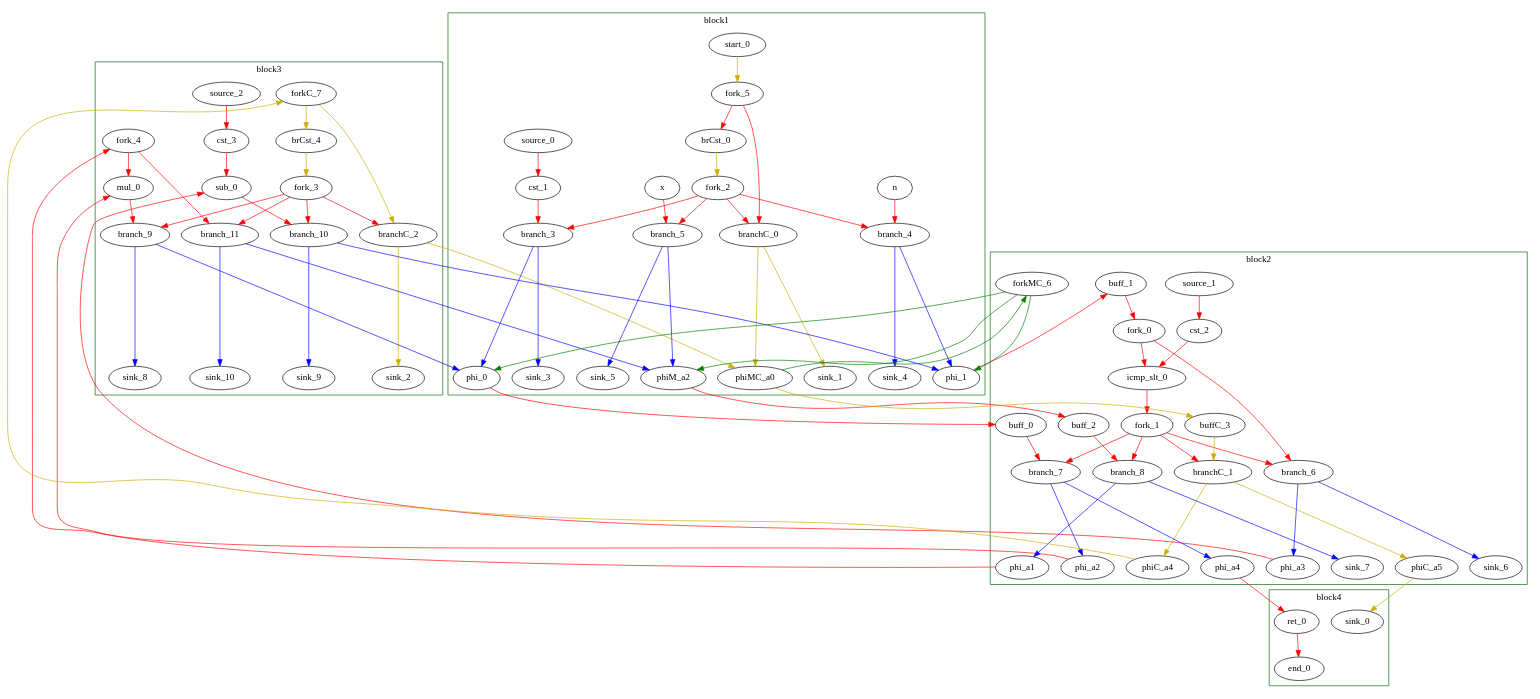
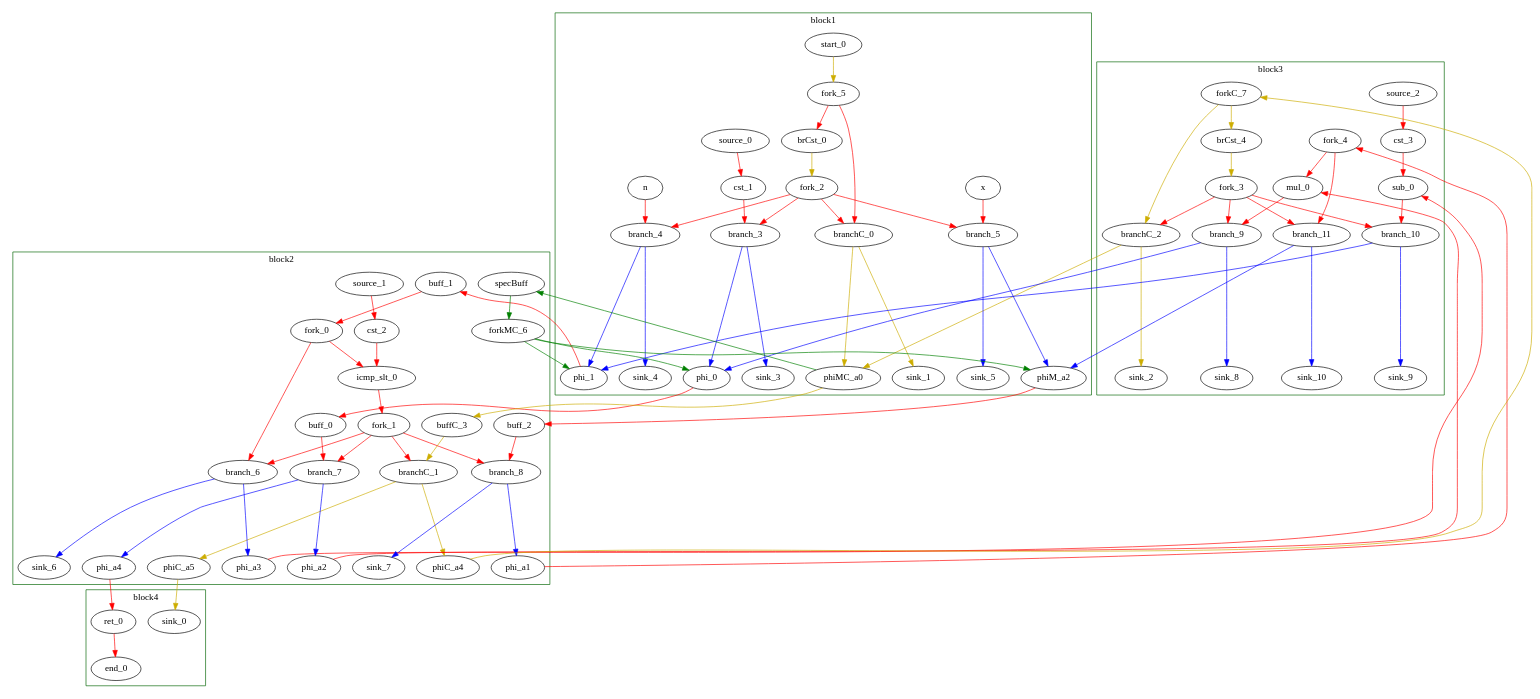
Before and after one commit to JuliaEmbedded/DynamicScheduling.jl: the diagram in build/jpow_sim/jpow_graph.dot, drawn with Graphviz.

Commit message:
checking buffer on fork

```diff
--- a/build/jpow_sim/jpow_graph.dot
+++ b/build/jpow_sim/jpow_graph.dot
@@ -1,157 +1,161 @@
 Digraph G {
 	splines=spline;
 		"branchC_0" [type = "Branch", bbID = 1, in = "in1:0 in2?:1", out = "out1+:0 out2-:0"];
 		"phi_0" [type = "Mux", bbID = 2, in = "in1?:1 in2:32 in3:32 ", out = "out1:32", delay = 0.366];
 		"phi_1" [type = "Mux", bbID = 2, in = "in1?:1 in2:32 in3:32 ", out = "out1:32", delay = 0.366];
 		"icmp_slt_0" [type = "Operator", bbID = 2, op = "icmp_slt_op", in = "in1:32 in2:32", out = "out1:1", delay = 1.53, latency = 0, II = 1];
 		"branchC_1" [type = "Branch", bbID = 2, in = "in1:0 in2?:1", out = "out1+:0 out2-:0"];
 		"sub_0" [type = "Operator", bbID = 3, op = "sub_op", in = "in1:32 in2:32", out = "out1:32", delay = 1.693, latency = 0, II = 1];
 		"mul_0" [type = "Operator", bbID = 3, op = "mul_op", in = "in1:32 in2:32", out = "out1:32", delay = 0.0, latency = 4, II = 1];
 		"branchC_2" [type = "Branch", bbID = 3, in = "in1:0 in2?:1", out = "out1+:0 out2-:0"];
 		"ret_0" [type = "Operator", bbID = 4, op = "ret_op", in = "in1:32", out = "out1:32", delay = 0.0, latency = 0, II = 1];
 		"x" [type = "Entry", bbID = 1, in = "in1:32", out = "out1:32"];
 		"n" [type = "Entry", bbID = 1, in = "in1:32", out = "out1:32"];
 		"brCst_0" [type = "Constant", bbID = 1, in = "in1:1", out = "out1:1", value = "0x1"];
 		"cst_1" [type = "Constant", bbID = 1, in = "in1:32", out = "out1:32", value = "0x1"];
 		"cst_2" [type = "Constant", bbID = 2, in = "in1:32", out = "out1:32", value = "0x0"];
 		"cst_3" [type = "Constant", bbID = 3, in = "in1:32", out = "out1:32", value = "0x1"];
 		"brCst_4" [type = "Constant", bbID = 3, in = "in1:1", out = "out1:1", value = "0x1"];
 		"phiM_a2" [type = "Mux", bbID = 2, in = "in1?:1 in2:32 in3:32 ", out = "out1:32", delay = 0.366];
 		"phi_a1" [type = "Merge", bbID = 3, in = "in1:32 ", out = "out1:32", delay = 0.0];
 		"phi_a2" [type = "Merge", bbID = 3, in = "in1:32 ", out = "out1:32", delay = 0.0];
 		"phi_a3" [type = "Merge", bbID = 3, in = "in1:32 ", out = "out1:32", delay = 0.0];
 		"phi_a4" [type = "Merge", bbID = 4, in = "in1:32 ", out = "out1:32", delay = 0.0];
 		"branch_3" [type = "Branch", bbID = 1, in = "in1:32 in2?:1", out = "out1+:32 out2-:32"];
 		"branch_4" [type = "Branch", bbID = 1, in = "in1:32 in2?:1", out = "out1+:32 out2-:32"];
 		"branch_5" [type = "Branch", bbID = 1, in = "in1:32 in2?:1", out = "out1+:32 out2-:32"];
 		"branch_6" [type = "Branch", bbID = 2, in = "in1:32 in2?:1", out = "out1+:32 out2-:32"];
 		"branch_7" [type = "Branch", bbID = 2, in = "in1:32 in2?:1", out = "out1+:32 out2-:32"];
 		"branch_8" [type = "Branch", bbID = 2, in = "in1:32 in2?:1", out = "out1+:32 out2-:32"];
 		"branch_9" [type = "Branch", bbID = 3, in = "in1:32 in2?:1", out = "out1+:32 out2-:32"];
 		"branch_10" [type = "Branch", bbID = 3, in = "in1:32 in2?:1", out = "out1+:32 out2-:32"];
 		"branch_11" [type = "Branch", bbID = 3, in = "in1:32 in2?:1", out = "out1+:32 out2-:32"];
 		"end_0" [type = "Exit", bbID = 0, in = "in1:32 ", out = "out1:32"];
 		"start_0" [type = "Entry", control = "true", bbID = 1, in = "in1:0", out = "out1:0"];
 		"phiMC_a0" [type = "CntrlMerge", bbID = 2, in = "in1:0 in2:0 ", out = "out1:0 out2?:1", delay = 0.166];
 		"phiC_a4" [type = "Merge", bbID = 3, in = "in1:0 ", out = "out1:0", delay = 0.166];
 		"phiC_a5" [type = "Merge", bbID = 4, in = "in1:0 ", out = "out1:0", delay = 0.166];
 		"sink_0" [type = "Sink", bbID = 0, in = "in1:0"];
 		"fork_0" [type = "Fork", bbID = 2, in = "in1:32", out = "out1:32 out2:32 "];
 		"fork_1" [type = "Fork", bbID = 2, in = "in1:1", out = "out1:1 out2:1 out3:1 out4:1 "];
 		"fork_2" [type = "Fork", bbID = 1, in = "in1:1", out = "out1:1 out2:1 out3:1 out4:1 "];
 		"fork_3" [type = "Fork", bbID = 3, in = "in1:1", out = "out1:1 out2:1 out3:1 out4:1 "];
 		"fork_4" [type = "Fork", bbID = 3, in = "in1:32", out = "out1:32 out2:32 "];
 		"fork_5" [type = "Fork", bbID = 1, in = "in1:0", out = "out1:0 out2:0 "];
 		"forkMC_6" [type = "Fork", bbID = 2, in = "in1:1", out = "out1:1 out2:1 out3:1 "];
 		"forkC_7" [type = "Fork", bbID = 3, in = "in1:0", out = "out1:0 out2:0 "];
 		"sink_1" [type = "Sink", bbID = 1, in = "in1:0"];
 		"sink_2" [type = "Sink", bbID = 3, in = "in1:0"];
 		"sink_3" [type = "Sink", bbID = 1, in = "in1:32"];
 		"sink_4" [type = "Sink", bbID = 1, in = "in1:32"];
 		"sink_5" [type = "Sink", bbID = 1, in = "in1:32"];
 		"sink_6" [type = "Sink", bbID = 2, in = "in1:32"];
 		"sink_7" [type = "Sink", bbID = 2, in = "in1:32"];
 		"sink_8" [type = "Sink", bbID = 3, in = "in1:32"];
 		"sink_9" [type = "Sink", bbID = 3, in = "in1:32"];
 		"sink_10" [type = "Sink", bbID = 3, in = "in1:32"];
 		"source_0" [type = "Source", bbID = 1, out = "out1:32"];
 		"source_1" [type = "Source", bbID = 2, out = "out1:32"];
 		"source_2" [type = "Source", bbID = 3, out = "out1:32"];
 		"buff_0" [type = "Buffer", bbID = 2, in = "in1:32", out = "out1:32"];
 		"buff_1" [type = "Buffer", bbID = 2, in = "in1:32", out = "out1:32"];
 		"buff_2" [type = "Buffer", bbID = 2, in = "in1:32", out = "out1:32"];
 		"buffC_3" [type = "Buffer", bbID = 2, in = "in1:0", out = "out1:0"];
+
+        "specBuff" [type = "Buffer", bbID = 2, in = "in1:1", out = "out1:1"];
+
 	subgraph cluster_0 {
 	color = "darkgreen";
 		label = "block1";
 		"branchC_0" -> "phiMC_a0" [color = "gold3", minlen = 3, from = "out1", to = "in1"];
 		"branchC_0" -> "sink_1" [color = "gold3", minlen = 3, from = "out2", to = "in1"];
 		"x" -> "branch_5" [color = "red", from = "out1", to = "in1"];
 		"n" -> "branch_4" [color = "red", from = "out1", to = "in1"];
 		"brCst_0" -> "fork_2" [color = "gold3", from = "out1", to = "in1"];
 		"cst_1" -> "branch_3" [color = "red", from = "out1", to = "in1"];
 		"branch_3" -> "phi_0" [color = "blue", minlen = 3, from = "out1", to = "in2"];
 		"branch_3" -> "sink_3" [color = "blue", minlen = 3, from = "out2", to = "in1"];
 		"branch_4" -> "phi_1" [color = "blue", minlen = 3, from = "out1", to = "in2"];
 		"branch_4" -> "sink_4" [color = "blue", minlen = 3, from = "out2", to = "in1"];
 		"branch_5" -> "phiM_a2" [color = "blue", minlen = 3, from = "out1", to = "in2"];
 		"branch_5" -> "sink_5" [color = "blue", minlen = 3, from = "out2", to = "in1"];
 		"start_0" -> "fork_5" [color = "gold3", from = "out1", to = "in1"];
 		"fork_2" -> "branchC_0" [color = "red", from = "out1", to = "in2"];
 		"fork_2" -> "branch_3" [color = "red", from = "out2", to = "in2"];
 		"fork_2" -> "branch_4" [color = "red", from = "out3", to = "in2"];
 		"fork_2" -> "branch_5" [color = "red", from = "out4", to = "in2"];
 		"fork_5" -> "branchC_0" [color = "red", from = "out1", to = "in1"];
 		"fork_5" -> "brCst_0" [color = "red", from = "out2", to = "in1"];
 		"source_0" -> "cst_1" [color = "red", from = "out1", to = "in1"];
 	}
 	subgraph cluster_1 {
 	color = "darkgreen";
 		label = "block2";
 		"phi_0" -> "buff_0" [color = "red", from = "out1", to = "in1"];
 		"phi_1" -> "buff_1" [color = "red", from = "out1", to = "in1"];
 		"icmp_slt_0" -> "fork_1" [color = "red", from = "out1", to = "in1"];
 		"branchC_1" -> "phiC_a4" [color = "gold3", minlen = 3, from = "out1", to = "in1"];
 		"branchC_1" -> "phiC_a5" [color = "gold3", minlen = 3, from = "out2", to = "in1"];
 		"cst_2" -> "icmp_slt_0" [color = "red", from = "out1", to = "in1"];
 		"phiM_a2" -> "buff_2" [color = "red", from = "out1", to = "in1"];
 		"branch_6" -> "phi_a3" [color = "blue", minlen = 3, from = "out1", to = "in1"];
 		"branch_6" -> "sink_6" [color = "blue", minlen = 3, from = "out2", to = "in1"];
 		"branch_7" -> "phi_a2" [color = "blue", minlen = 3, from = "out1", to = "in1"];
 		"branch_7" -> "phi_a4" [color = "blue", minlen = 3, from = "out2", to = "in1"];
 		"branch_8" -> "phi_a1" [color = "blue", minlen = 3, from = "out1", to = "in1"];
 		"branch_8" -> "sink_7" [color = "blue", minlen = 3, from = "out2", to = "in1"];
 		"phiMC_a0" -> "buffC_3" [color = "gold3", from = "out1", to = "in1"];
-		"phiMC_a0" -> "forkMC_6" [color = "green", from = "out2", to = "in1"];
+		"phiMC_a0" -> "specBuff" [color = "green", from = "out2", to = "in1"];
+		"specBuff" -> "forkMC_6" [color = "green", from = "out1", to = "in1"];
 		"fork_0" -> "icmp_slt_0" [color = "red", from = "out1", to = "in2"];
 		"fork_0" -> "branch_6" [color = "red", from = "out2", to = "in1"];
 		"fork_1" -> "branchC_1" [color = "red", from = "out1", to = "in2"];
 		"fork_1" -> "branch_6" [color = "red", from = "out2", to = "in2"];
 		"fork_1" -> "branch_7" [color = "red", from = "out3", to = "in2"];
 		"fork_1" -> "branch_8" [color = "red", from = "out4", to = "in2"];
 		"forkMC_6" -> "phi_0" [color = "green", from = "out1", to = "in1"];
 		"forkMC_6" -> "phi_1" [color = "green", from = "out2", to = "in1"];
 		"forkMC_6" -> "phiM_a2" [color = "green", from = "out3", to = "in1"];
 		"source_1" -> "cst_2" [color = "red", from = "out1", to = "in1"];
 		"buff_0" -> "branch_7" [color = "red", from = "out1", to = "in1"];
 		"buff_1" -> "fork_0" [color = "red", from = "out1", to = "in1"];
 		"buff_2" -> "branch_8" [color = "red", from = "out1", to = "in1"];
 		"buffC_3" -> "branchC_1" [color = "gold3", from = "out1", to = "in1"];
 	}
 	subgraph cluster_2 {
 	color = "darkgreen";
 		label = "block3";
 		"sub_0" -> "branch_10" [color = "red", from = "out1", to = "in1"];
 		"mul_0" -> "branch_9" [color = "red", from = "out1", to = "in1"];
 		"branchC_2" -> "sink_2" [color = "gold3", minlen = 3, from = "out1", to = "in1"];
 		"branchC_2" -> "phiMC_a0" [color = "gold3", minlen = 3, from = "out2", to = "in2"];
 		"cst_3" -> "sub_0" [color = "red", from = "out1", to = "in2"];
 		"brCst_4" -> "fork_3" [color = "gold3", from = "out1", to = "in1"];
 		"phi_a1" -> "fork_4" [color = "red", from = "out1", to = "in1"];
 		"phi_a2" -> "mul_0" [color = "red", from = "out1", to = "in1"];
 		"phi_a3" -> "sub_0" [color = "red", from = "out1", to = "in1"];
 		"branch_9" -> "phi_0" [color = "blue", minlen = 3, from = "out1", to = "in3"];
 		"branch_9" -> "sink_8" [color = "blue", minlen = 3, from = "out2", to = "in1"];
 		"branch_10" -> "phi_1" [color = "blue", minlen = 3, from = "out1", to = "in3"];
 		"branch_10" -> "sink_9" [color = "blue", minlen = 3, from = "out2", to = "in1"];
 		"branch_11" -> "phiM_a2" [color = "blue", minlen = 3, from = "out1", to = "in3"];
 		"branch_11" -> "sink_10" [color = "blue", minlen = 3, from = "out2", to = "in1"];
 		"phiC_a4" -> "forkC_7" [color = "gold3", from = "out1", to = "in1"];
 		"fork_3" -> "branchC_2" [color = "red", from = "out1", to = "in2"];
 		"fork_3" -> "branch_9" [color = "red", from = "out2", to = "in2"];
 		"fork_3" -> "branch_10" [color = "red", from = "out3", to = "in2"];
 		"fork_3" -> "branch_11" [color = "red", from = "out4", to = "in2"];
 		"fork_4" -> "mul_0" [color = "red", from = "out1", to = "in2"];
 		"fork_4" -> "branch_11" [color = "red", from = "out2", to = "in1"];
 		"forkC_7" -> "branchC_2" [color = "gold3", from = "out1", to = "in1"];
 		"forkC_7" -> "brCst_4" [color = "gold3", from = "out2", to = "in1"];
 		"source_2" -> "cst_3" [color = "red", from = "out1", to = "in1"];
 	}
 	subgraph cluster_3 {
 	color = "darkgreen";
 		label = "block4";
 		"ret_0" -> "end_0" [color = "red", from = "out1", to = "in1"];
 		"phi_a4" -> "ret_0" [color = "red", from = "out1", to = "in1"];
 		"phiC_a5" -> "sink_0" [color = "gold3", from = "out1", to = "in1"];
 	}
 }
```
